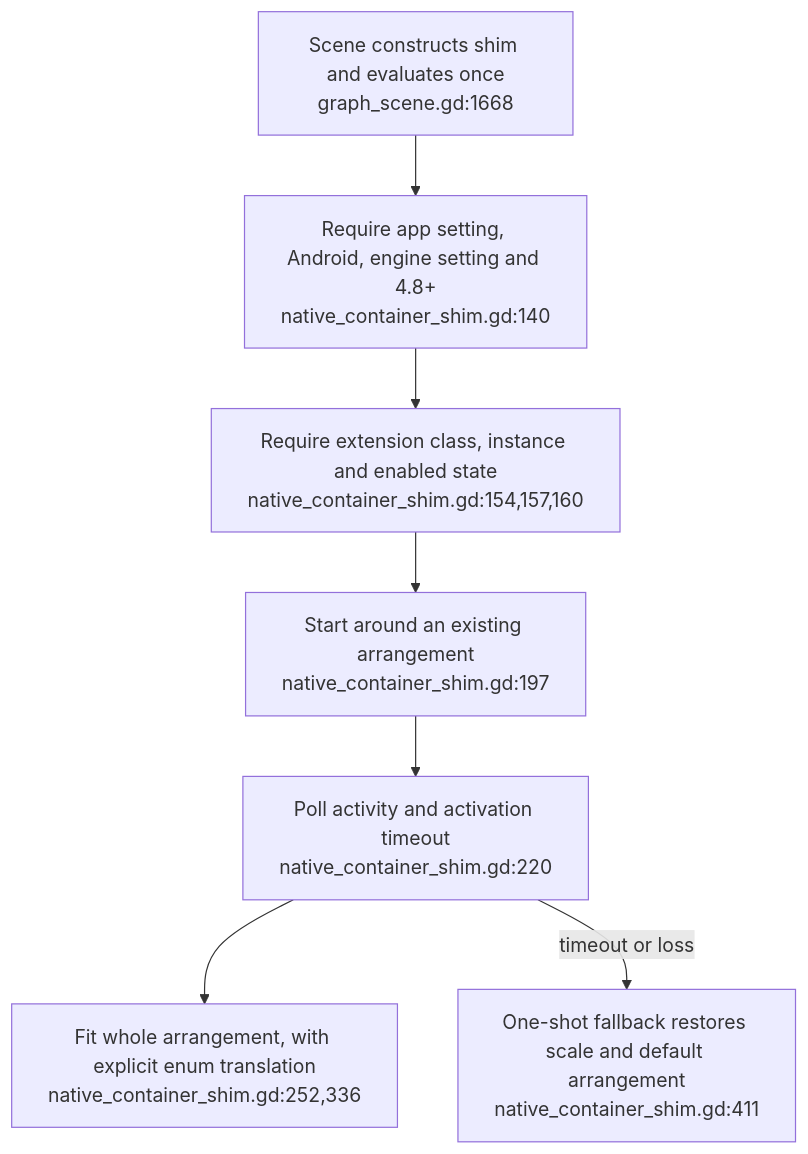
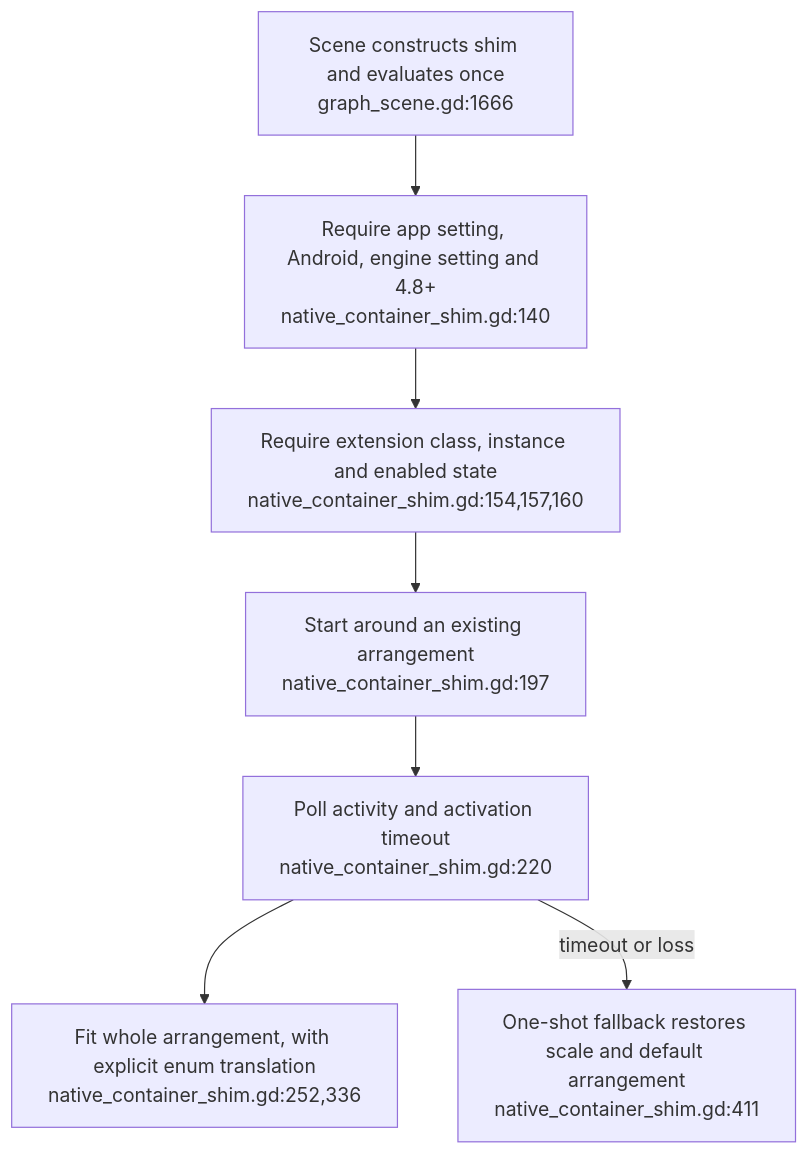
The third of 3 diagrams in docs/diagrams/visionclaw/46-spatial-volume-fit-and-link-budget.md (DreamLab-AI/VisionFlow), drawn with Mermaid before and after one commit. The commit also changed other lines of this file and 7 other files, not shown here.

First line of the commit message:
diagrams(visionclaw): re-verify VC-43..VC-50 at visionclaw 4900ec6

````diff
--- a/docs/diagrams/visionclaw/46-spatial-volume-fit-and-link-budget.md
+++ b/docs/diagrams/visionclaw/46-spatial-volume-fit-and-link-budget.md
@@ -69,9 +69,9 @@
 ```mermaid
 flowchart TD
-    BOOT["Scene constructs shim and evaluates once<br/>graph_scene.gd:1668"] --> GATE["Require app setting, Android, engine setting and 4.8+<br/>native_container_shim.gd:140"]
+    BOOT["Scene constructs shim and evaluates once<br/>graph_scene.gd:1666"] --> GATE["Require app setting, Android, engine setting and 4.8+<br/>native_container_shim.gd:140"]
     GATE --> EXT["Require extension class, instance and enabled state<br/>native_container_shim.gd:154,157,160"]
     EXT --> START["Start around an existing arrangement<br/>native_container_shim.gd:197"]
     START --> WATCH["Poll activity and activation timeout<br/>native_container_shim.gd:220"]
     WATCH --> FIT["Fit whole arrangement, with explicit enum translation<br/>native_container_shim.gd:252,336"]
     WATCH -->|timeout or loss| FALL["One-shot fallback restores scale and default arrangement<br/>native_container_shim.gd:411"]
 ```
````
